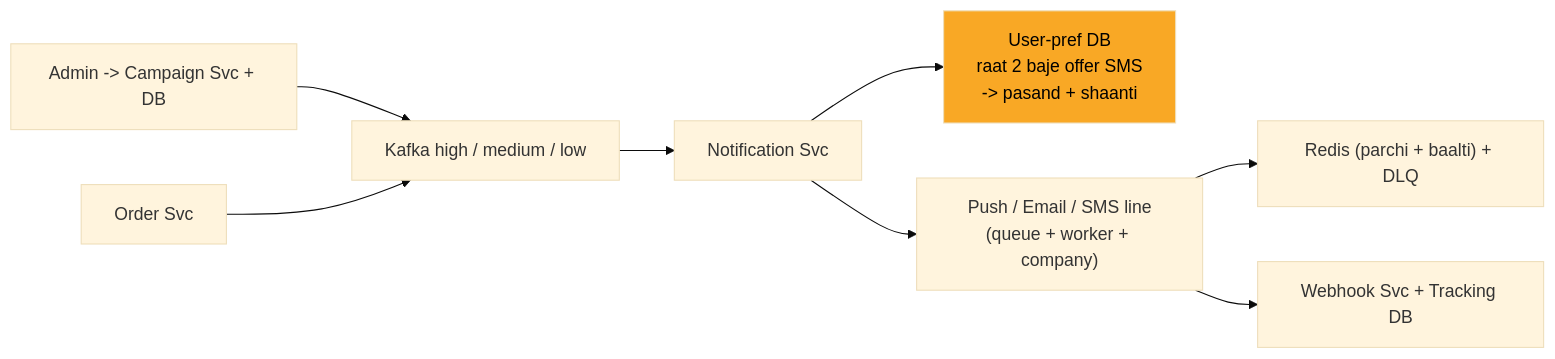
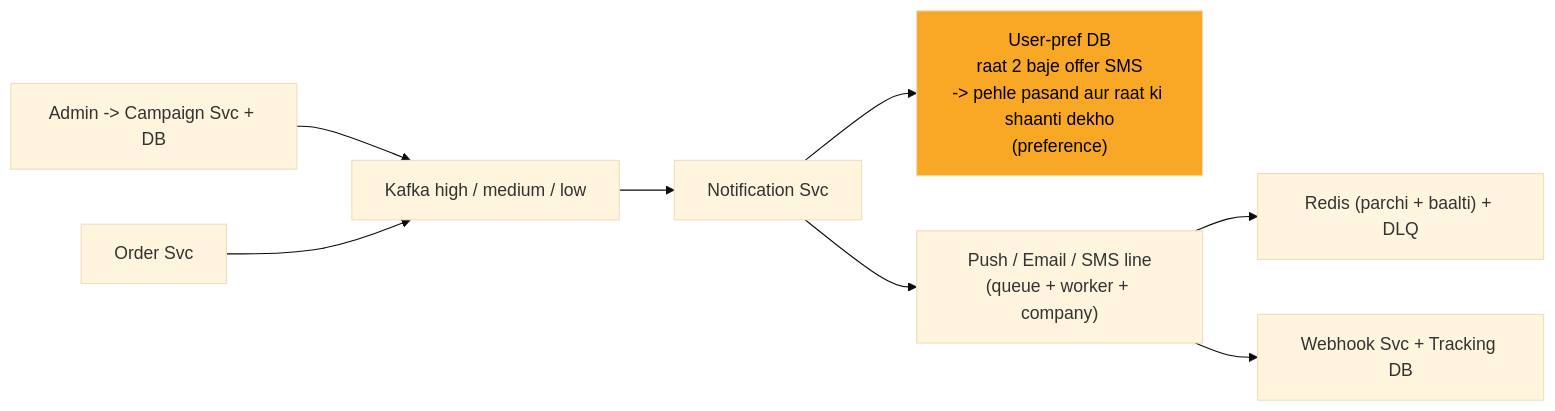
Diagram 12 of 13 in 04_HLD/SYSTEM_DESIGNS/04_notification_system/04_notification_system.md (ArpanMaheshwari144/Prep), drawn with Mermaid (base theme) before and after one commit. The commit also changed other lines of this file and 13 other files, not shown here.

````diff
--- a/04_HLD/SYSTEM_DESIGNS/04_notification_system/04_notification_system.md
+++ b/04_HLD/SYSTEM_DESIGNS/04_notification_system/04_notification_system.md
@@ -437,19 +437,19 @@
 ```mermaid
 flowchart LR
     n_CAMP["Admin -> Campaign Svc + DB"]
     n_Order_Svc["Order Svc"]
     n_Kafka["Kafka high / medium / low"]
     n_Notification_Svc["Notification Svc"]
-    n_PREF["User-pref DB<br/>raat 2 baje offer SMS<br/>-> pasand + shaanti"]
+    n_PREF["User-pref DB<br/>raat 2 baje offer SMS<br/>-> pehle pasand aur raat ki shaanti dekho<br/>(preference)"]
     n_LINES["Push / Email / SMS line<br/>(queue + worker + company)"]
     n_RDLQ["Redis (parchi + baalti) + DLQ"]
     n_WH["Webhook Svc + Tracking DB"]
     n_CAMP --> n_Kafka
     n_Order_Svc --> n_Kafka
     n_Kafka --> n_Notification_Svc
     n_Notification_Svc --> n_PREF
     n_Notification_Svc --> n_LINES
     n_LINES --> n_RDLQ
     n_LINES --> n_WH
     style n_PREF fill:#f9a825,color:#000
 ```
````
